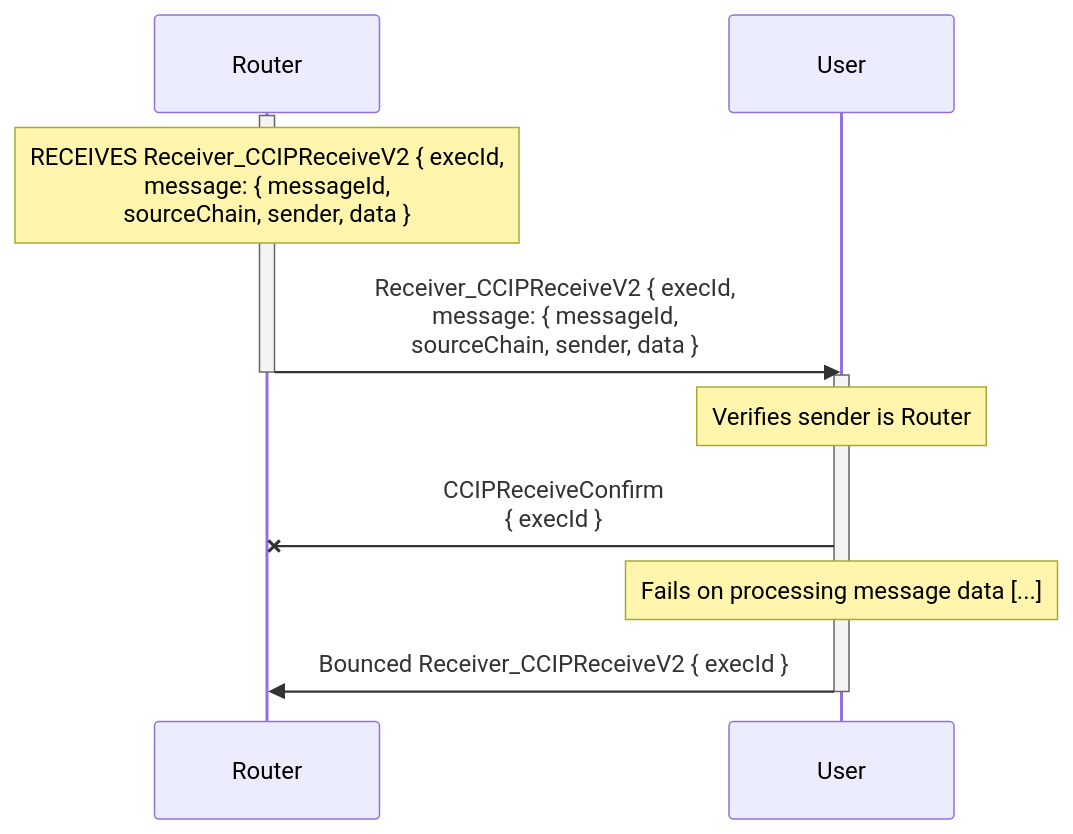
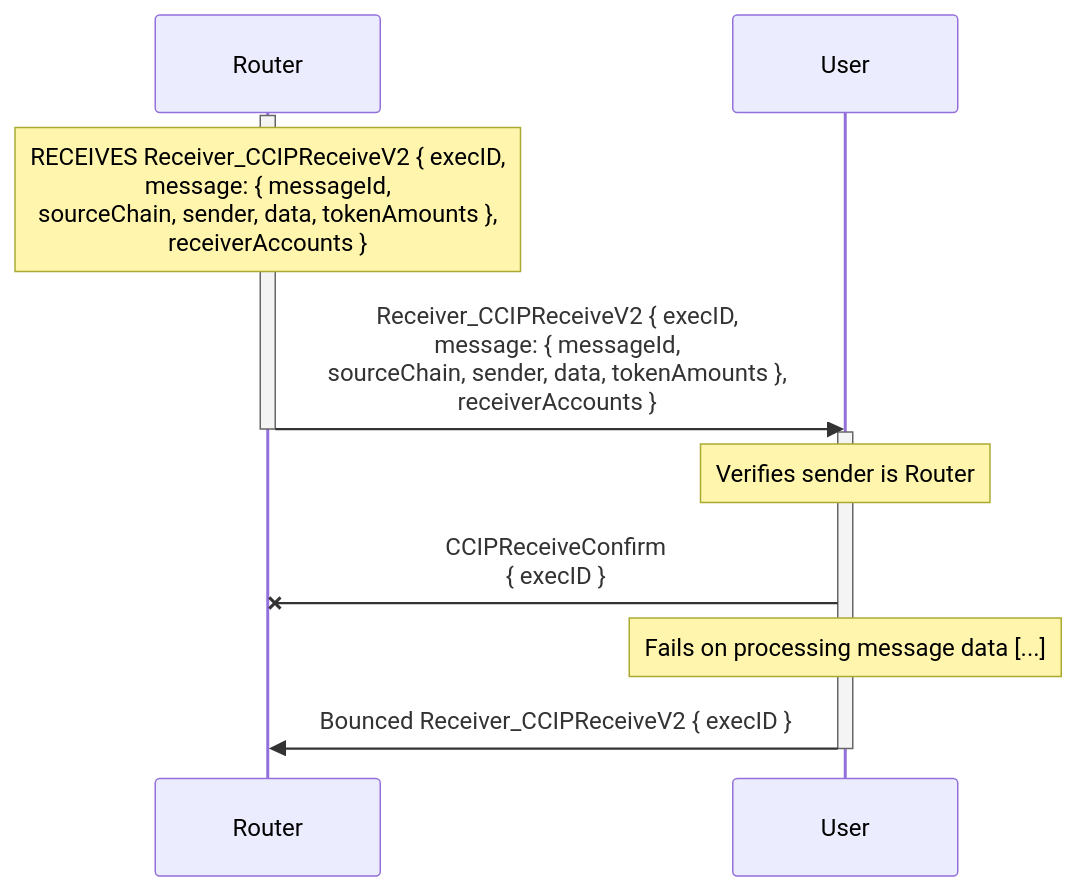
The second of 3 diagrams in docs/contracts/overview/ccip/router/user-interface/receiver.md (smartcontractkit/chainlink-ton), drawn with Mermaid before and after one commit. The commit also changed other lines of this file and 75 other files, not shown here.

````diff
--- a/docs/contracts/overview/ccip/router/user-interface/receiver.md
+++ b/docs/contracts/overview/ccip/router/user-interface/receiver.md
@@ -41,19 +43,19 @@
 ```mermaid
 sequenceDiagram
     participant R as Router
     participant U as User
 
     activate R
-    Note over R: RECEIVES Receiver_CCIPReceiveV2 { execId,<br>message: { messageId,<br>sourceChain, sender, data }
-    R ->> U: Receiver_CCIPReceiveV2 { execId,<br>message: { messageId,<br>sourceChain, sender, data }
+    Note over R: RECEIVES Receiver_CCIPReceiveV2 { execID,<br>message: { messageId,<br>sourceChain, sender, data, tokenAmounts },<br>receiverAccounts }
+    R ->> U: Receiver_CCIPReceiveV2 { execID,<br>message: { messageId,<br>sourceChain, sender, data, tokenAmounts },<br>receiverAccounts }
     deactivate R
 
 
 
     activate U
     Note over U: Verifies sender is Router
-    U -x R: CCIPReceiveConfirm<br>{ execId }
+    U -x R: CCIPReceiveConfirm<br>{ execID }
     Note over U: Fails on processing message data [...]
-    U ->> R: Bounced Receiver_CCIPReceiveV2 { execId }
+    U ->> R: Bounced Receiver_CCIPReceiveV2 { execID }
     deactivate U
 ```
````
